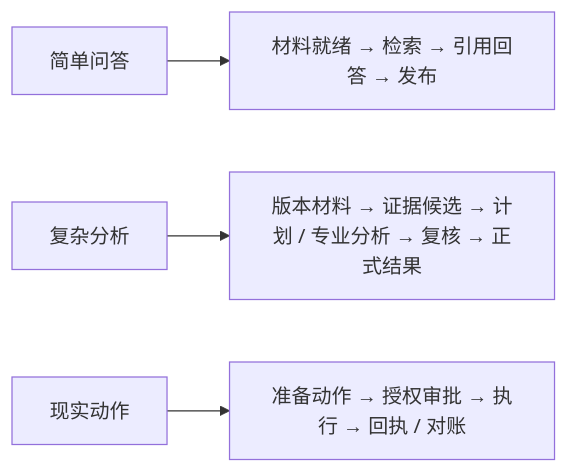
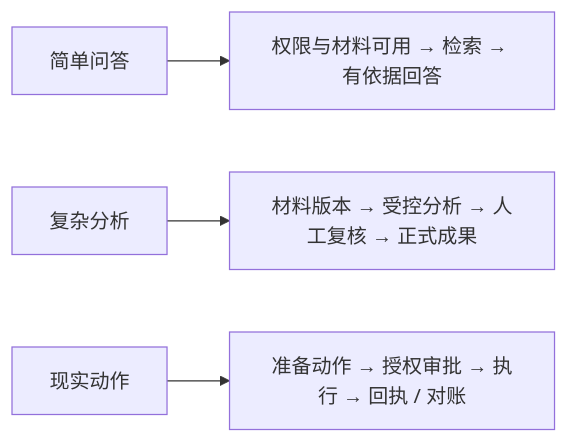
One commit to ProfessorZhi/Zuno changed the first of 5 diagrams in docs/architecture/architecture.md. Above: the diagram before and after it, drawn with Mermaid. The commit also changed other lines of this file, not shown here.

Commit message:
docs: rewrite overall architecture human narrative

````diff
--- a/docs/architecture/architecture.md
+++ b/docs/architecture/architecture.md
@@ -81,6 +81,6 @@
 ```mermaid
 flowchart LR
-  SIMPLE[简单问答] --> SIMPLE_FLOW[材料就绪 → 检索 → 引用回答 → 发布]
-  COMPLEX[复杂分析] --> COMPLEX_FLOW[版本材料 → 证据候选 → 计划 / 专业分析 → 复核 → 正式结果]
-  EFFECT[现实动作] --> EFFECT_FLOW[准备动作 → 授权审批 → 执行 → 回执 / 对账]
+  Q[简单问答] --> QF[权限与材料可用 → 检索 → 有依据回答]
+  A[复杂分析] --> AF[材料版本 → 受控分析 → 人工复核 → 正式成果]
+  E[现实动作] --> EF[准备动作 → 授权审批 → 执行 → 回执 / 对账]
 ```
````
